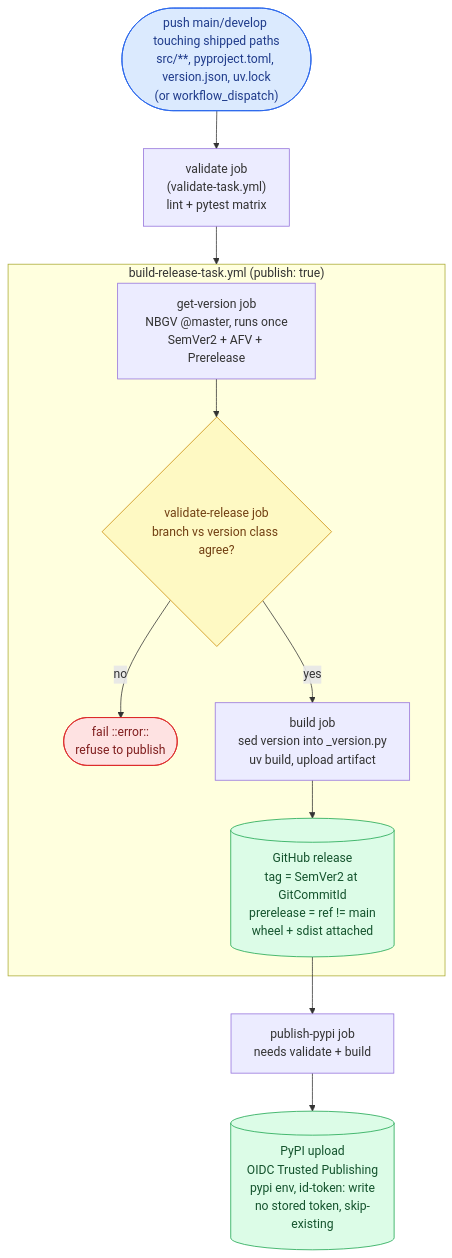
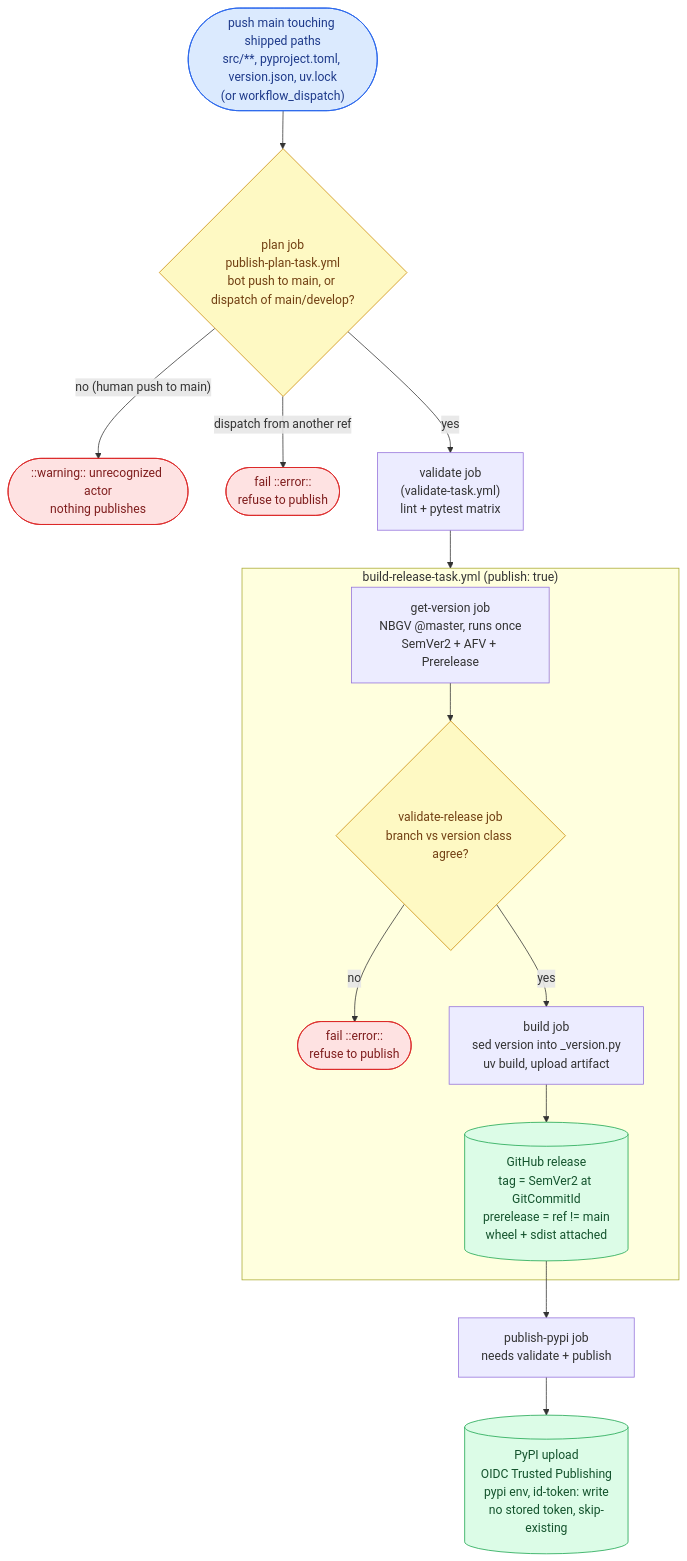
One commit to ptr727/aiopurpleair changed the second of 3 diagrams in WORKFLOW.md. Above: the diagram before and after it, drawn with Mermaid. The commit also changed other lines of this file and 1 other file, not shown here.

First line of the commit message:
Update the prose the gate change left describing the old model

````diff
--- a/WORKFLOW.md
+++ b/WORKFLOW.md
@@ -124,17 +124,21 @@
 ```mermaid
 flowchart TD
-    P(["push main/develop touching shipped paths<br/>src/**, pyproject.toml, version.json, uv.lock<br/>(or workflow_dispatch)"]):::trig --> VAL["validate job<br/>(validate-task.yml)<br/>lint + pytest matrix"]
+    P(["push main touching shipped paths<br/>src/**, pyproject.toml, version.json, uv.lock<br/>(or workflow_dispatch)"]):::trig --> PLAN
+    PLAN{"plan job<br/>publish-plan-task.yml<br/>bot push to main, or dispatch of main/develop?"}:::gate
+    PLAN -- "no (human push to main)" --> NOP(["::warning:: unrecognized actor<br/>nothing publishes"]):::stop
+    PLAN -- "dispatch from another ref" --> DX(["fail ::error::<br/>refuse to publish"]):::stop
+    PLAN -- "yes" --> VAL["validate job<br/>(validate-task.yml)<br/>lint + pytest matrix"]
     VAL --> BUILD
     subgraph BUILD ["build-release-task.yml (publish: true)"]
         GV["get-version job<br/>NBGV @master, runs once<br/>SemVer2 + AFV + Prerelease"] --> VR{"validate-release job<br/>branch vs version class agree?"}:::gate
         VR -- "no" --> VRX(["fail ::error::<br/>refuse to publish"]):::stop
         VR -- "yes" --> BD["build job<br/>sed version into _version.py<br/>uv build, upload artifact"]
         BD --> REL[("GitHub release<br/>tag = SemVer2 at GitCommitId<br/>prerelease = ref != main<br/>wheel + sdist attached")]:::pub
     end
-    REL --> PP["publish-pypi job<br/>needs validate + build"]
+    REL --> PP["publish-pypi job<br/>needs validate + publish"]
     PP --> PYPI[("PyPI upload<br/>OIDC Trusted Publishing<br/>pypi env, id-token: write<br/>no stored token, skip-existing")]:::pub
     classDef trig fill:#dbeafe,stroke:#2563eb,color:#1e3a8a
     classDef gate fill:#fef9c3,stroke:#ca8a04,color:#713f12
     classDef pub fill:#dcfce7,stroke:#16a34a,color:#14532d
     classDef stop fill:#fee2e2,stroke:#dc2626,color:#7f1d1d
 ```
````
